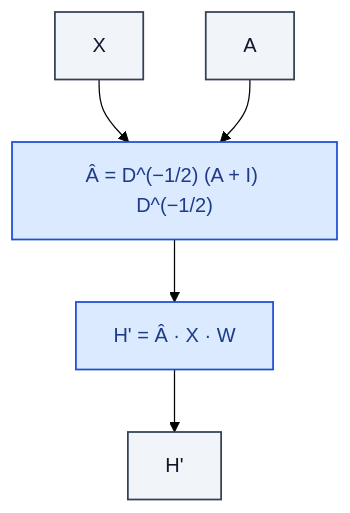
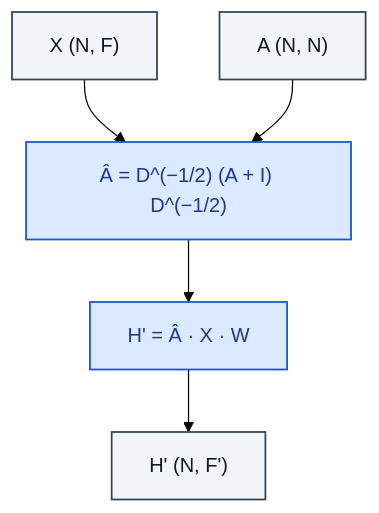
Before and after one commit to RealityShifts/Srivastava-book-of-Blocks-diagrams: the diagram in gnn/GraphConv.md, drawn with Mermaid (forest theme). The commit also changed 123 other files, not shown here.

````diff
--- a/gnn/GraphConv.md
+++ b/gnn/GraphConv.md
@@ -7,21 +7,22 @@
 ```mermaid
 flowchart TD
-    n0_0["X"]:::io
-    n0_1["A"]:::io
+    n0_0["X  (N, F)"]:::io
+    n0_1["A  (N, N)"]:::io
     n1_0["Â = D^(−1/2) (A + I) D^(−1/2)"]:::op
     n2_0["H' = Â · X · W"]:::op
-    n3_0["H'"]:::io
+    n3_0["H'  (N, F')"]:::io
     n0_0 --> n1_0
     n0_1 --> n1_0
     n1_0 --> n2_0
     n2_0 --> n3_0
     classDef io fill:#f1f5f9,stroke:#334155,stroke-width:1.4px,color:#0f172a
     classDef op fill:#dbeafe,stroke:#1d4ed8,stroke-width:1.4px,color:#1e3a8a
     classDef norm fill:#dcfce7,stroke:#15803d,stroke-width:1.4px,color:#14532d
     classDef act fill:#ffedd5,stroke:#c2410c,stroke-width:1.4px,color:#7c2d12
     classDef attn fill:#ede9fe,stroke:#6d28d9,stroke-width:1.4px,color:#4c1d95
     classDef merge fill:#fef3c7,stroke:#b45309,stroke-width:1.4px,color:#78350f
     classDef emb fill:#fef9c3,stroke:#a16207,stroke-width:1.4px,color:#713f12
     classDef loss fill:#fee2e2,stroke:#b91c1c,stroke-width:1.4px,color:#7f1d1d
     classDef ctrl fill:#f5f5f4,stroke:#52525b,stroke-width:1.4px,color:#27272a
+    classDef ref fill:#e0f2fe,stroke:#0369a1,stroke-width:2px,color:#0c4a6e,stroke-dasharray: 4 2
 ```
````
